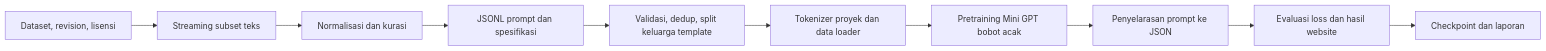
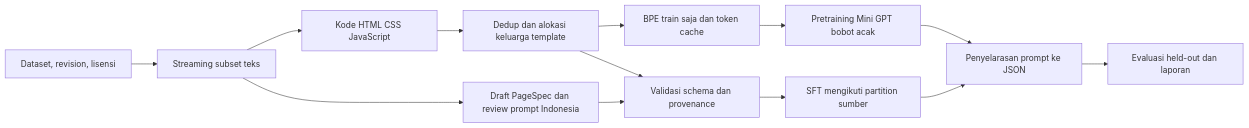
One commit to baysatriow/mini-gpt-webcodegen changed the second of 2 diagrams in README.md. Above: the diagram before and after it, drawn with Mermaid. The commit also changed other lines of this file and 27 other files, not shown here.

````diff
--- a/README.md
+++ b/README.md
@@ -55,12 +55,15 @@
 ```mermaid
 flowchart LR
     A[Dataset, revision, lisensi] --> B[Streaming subset teks]
-    B --> C[Normalisasi dan kurasi]
-    C --> D[JSONL prompt dan spesifikasi]
-    D --> E[Validasi, dedup, split keluarga template]
-    E --> F[Tokenizer proyek dan data loader]
-    F --> G[Pretraining Mini GPT bobot acak]
-    G --> H[Penyelarasan prompt ke JSON]
-    H --> I[Evaluasi loss dan hasil website]
-    I --> J[Checkpoint dan laporan]
+    B --> C[Kode HTML CSS JavaScript]
+    C --> D[Dedup dan alokasi keluarga template]
+    D --> E[BPE train saja dan token cache]
+    E --> F[Pretraining Mini GPT bobot acak]
+    B --> G[Draft PageSpec dan review prompt Indonesia]
+    G --> H[Validasi schema dan provenance]
+    D --> H
+    H --> I[SFT mengikuti partition sumber]
+    F --> J[Penyelarasan prompt ke JSON]
+    I --> J
+    J --> K[Evaluasi held-out dan laporan]
 ```
````
